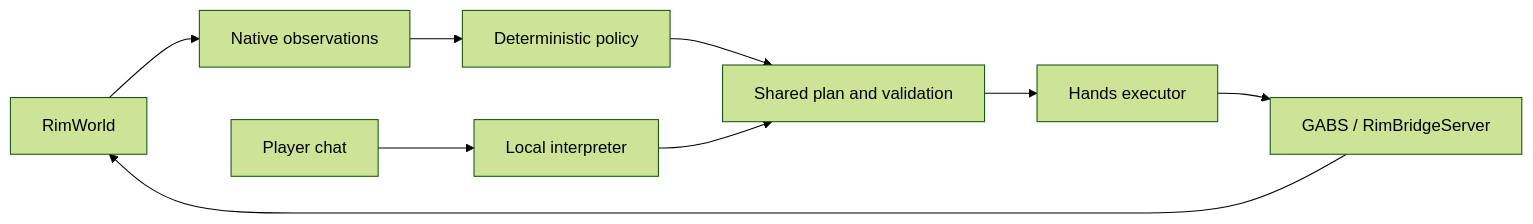
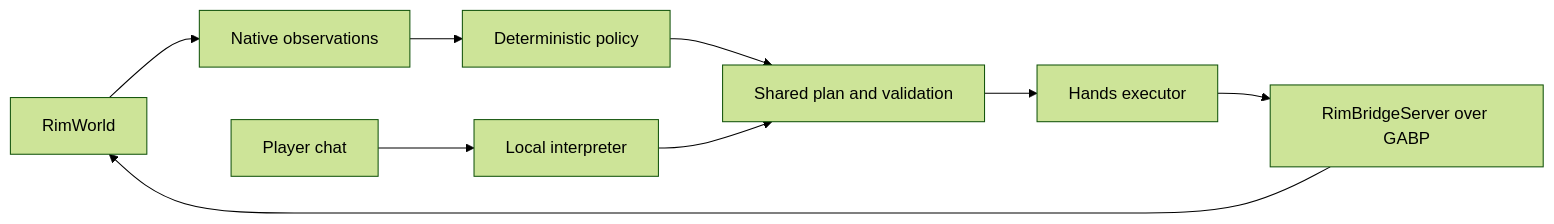
The diagram in docs/developers/architecture/overview.md (davidarcher/rimgovernor), drawn with Mermaid (forest theme) before and after one commit. The commit also changed other lines of this file and 217 other files, not shown here.

First line of the commit message:
Drop GABS: talk GABP to RimBridgeServer directly from Go (#873)

````diff
--- a/docs/developers/architecture/overview.md
+++ b/docs/developers/architecture/overview.md
@@ -9,11 +9,11 @@
 ```mermaid
 flowchart LR
     Game[RimWorld] --> Facts[Native observations]
     Facts --> Policy[Deterministic policy]
     Chat[Player chat] --> Model[Local interpreter]
     Policy --> Plan[Shared plan and validation]
     Model --> Plan
     Plan --> Hands[Hands executor]
-    Hands --> Bridge[GABS / RimBridgeServer]
+    Hands --> Bridge[RimBridgeServer over GABP]
     Bridge --> Game
 ```
````
